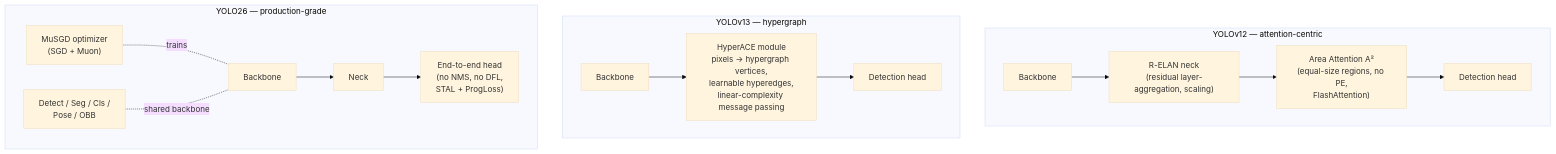
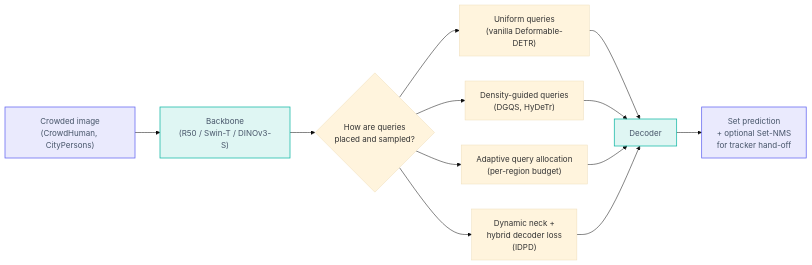
One commit to voyarchie/cv-updates changed the first of 4 diagrams in 2026-Apr-30/2026-Apr-30_CV_updates.md. Above: the diagram before and after it, drawn with Mermaid (base theme). The commit also changed other lines of this file and 3 other files, not shown here.

````diff
--- a/2026-Apr-30/2026-Apr-30_CV_updates.md
+++ b/2026-Apr-30/2026-Apr-30_CV_updates.md
@@ -104,20 +33,19 @@
 ```mermaid
-flowchart TB
-    subgraph Y12["YOLOv12 — attention-centric"]
-        Y12B[Backbone] --> Y12N["R-ELAN neck<br/>(residual layer-aggregation, scaling)"]
-        Y12N --> Y12A["Area Attention A²<br/>(equal-size regions, no PE,<br/>FlashAttention)"]
-        Y12A --> Y12H[Detection head]
-    end
+flowchart LR
+    A["Crowded image<br/>(CrowdHuman, CityPersons)"] --> B["Backbone<br/>(R50 / Swin-T / DINOv3-S)"]
+    B --> C{"How are queries<br/>placed and sampled?"}
+    C --> D1["Uniform queries<br/>(vanilla Deformable-DETR)"]
+    C --> D2["Density-guided queries<br/>(DGQS, HyDeTr)"]
+    C --> D3["Adaptive query allocation<br/>(per-region budget)"]
+    C --> D4["Dynamic neck +<br/>hybrid decoder loss<br/>(IDPD)"]
+    D1 --> E[Decoder]
+    D2 --> E
+    D3 --> E
+    D4 --> E
+    E --> F["Set prediction<br/>+ optional Set-NMS<br/>for tracker hand-off"]
 
-    subgraph Y13["YOLOv13 — hypergraph"]
-        Y13B[Backbone] --> Y13H["HyperACE module<br/>pixels → hypergraph vertices,<br/>learnable hyperedges,<br/>linear-complexity message passing"]
-        Y13H --> Y13Head[Detection head]
-    end
-
-    subgraph Y26["YOLO26 — production-grade"]
-        Y26B[Backbone] --> Y26N[Neck]
-        Y26N --> Y26Head["End-to-end head<br/>(no NMS, no DFL,<br/>STAL + ProgLoss)"]
-        Y26O["MuSGD optimizer<br/>(SGD + Muon)"] -. trains .- Y26B
-        Y26Tasks["Detect / Seg / Cls /<br/>Pose / OBB"] -. shared backbone .- Y26B
-    end
+    classDef pin fill:#6366f122,stroke:#6366f1,stroke-width:1.5px,color:#475569;
+    classDef hi  fill:#14b8a622,stroke:#14b8a6,stroke-width:1.5px,color:#475569;
+    class A,F pin
+    class B,E hi
 ```
````
